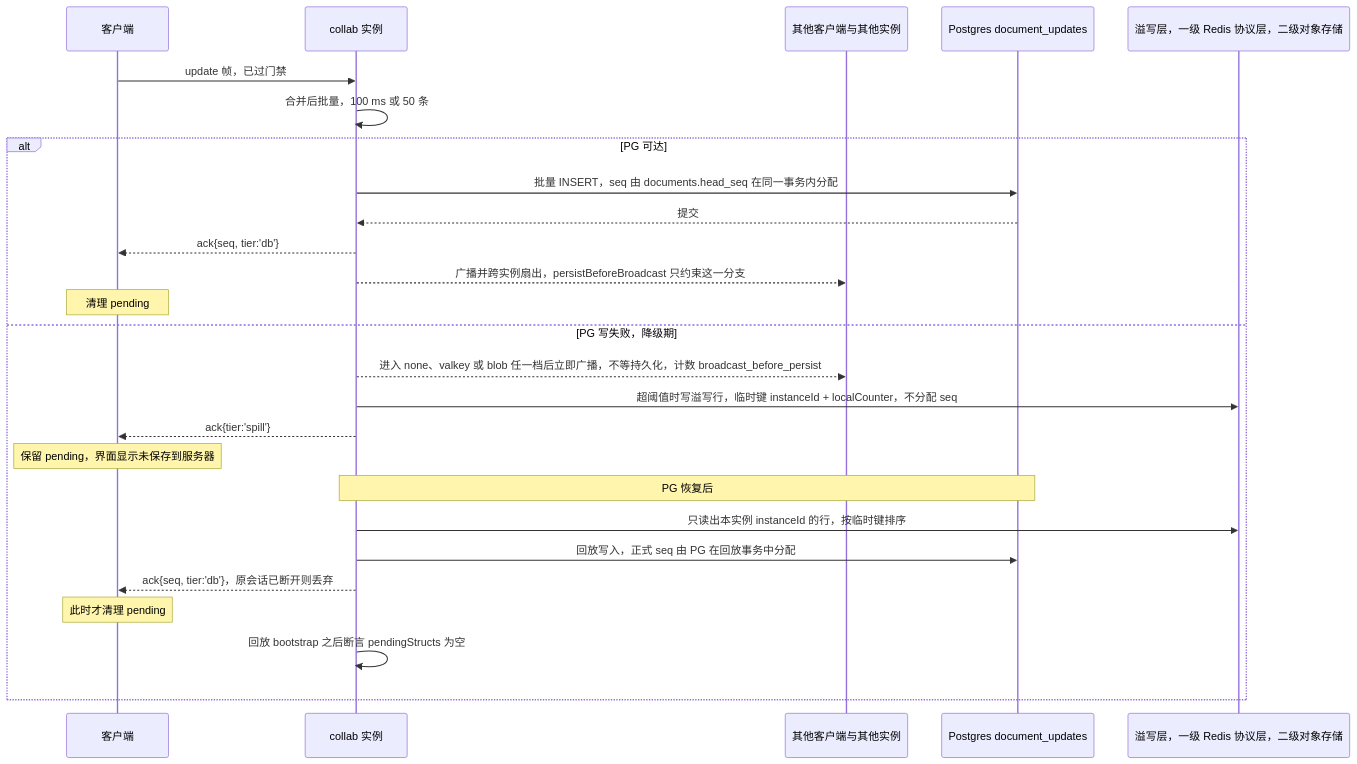
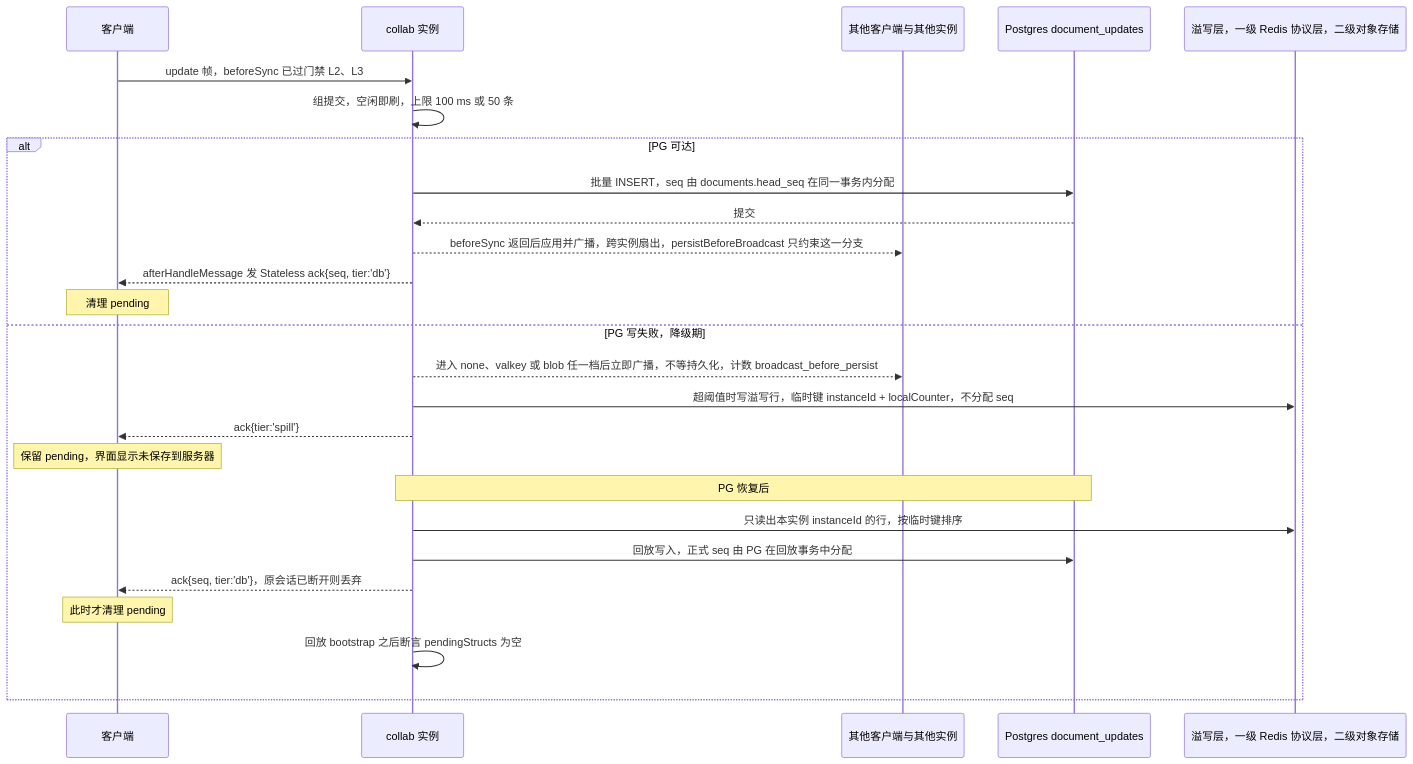
One commit to Xeonice/cordis-ppt-editor changed the first of 2 diagrams in docs/30-architecture/adr/0025-update-persistence-and-compaction.md. Above: the diagram before and after it, drawn with Mermaid. The commit also changed other lines of this file and 78 other files, not shown here.

````diff
--- a/docs/30-architecture/adr/0025-update-persistence-and-compaction.md
+++ b/docs/30-architecture/adr/0025-update-persistence-and-compaction.md
@@ -27,28 +27,28 @@
 ```mermaid
 sequenceDiagram
   participant client as 客户端
   participant inst as collab 实例
   participant peers as 其他客户端与其他实例
   participant pg as Postgres document_updates
   participant spill as 溢写层，一级 Redis 协议层，二级对象存储
-  client->>inst: update 帧，已过门禁
-  inst->>inst: 合并后批量，100 ms 或 50 条
+  client->>inst: update 帧，beforeSync 已过门禁 L2、L3
+  inst->>inst: 组提交，空闲即刷，上限 100 ms 或 50 条
   alt PG 可达
     inst->>pg: 批量 INSERT，seq 由 documents.head_seq 在同一事务内分配
     pg-->>inst: 提交
-    inst-->>client: ack{seq, tier:'db'}
-    inst-->>peers: 广播并跨实例扇出，persistBeforeBroadcast 只约束这一分支
+    inst-->>peers: beforeSync 返回后应用并广播，跨实例扇出，persistBeforeBroadcast 只约束这一分支
+    inst-->>client: afterHandleMessage 发 Stateless ack{seq, tier:'db'}
     Note over client: 清理 pending
   else PG 写失败，降级期
     inst-->>peers: 进入 none、valkey 或 blob 任一档后立即广播，不等持久化，计数 broadcast_before_persist
     inst->>spill: 超阈值时写溢写行，临时键 instanceId + localCounter，不分配 seq
     inst-->>client: ack{tier:'spill'}
     Note over client: 保留 pending，界面显示未保存到服务器
     Note over inst,pg: PG 恢复后
     inst->>spill: 只读出本实例 instanceId 的行，按临时键排序
     inst->>pg: 回放写入，正式 seq 由 PG 在回放事务中分配
     inst-->>client: ack{seq, tier:'db'}，原会话已断开则丢弃
     Note over client: 此时才清理 pending
     inst->>inst: 回放 bootstrap 之后断言 pendingStructs 为空
   end
 ```
````
